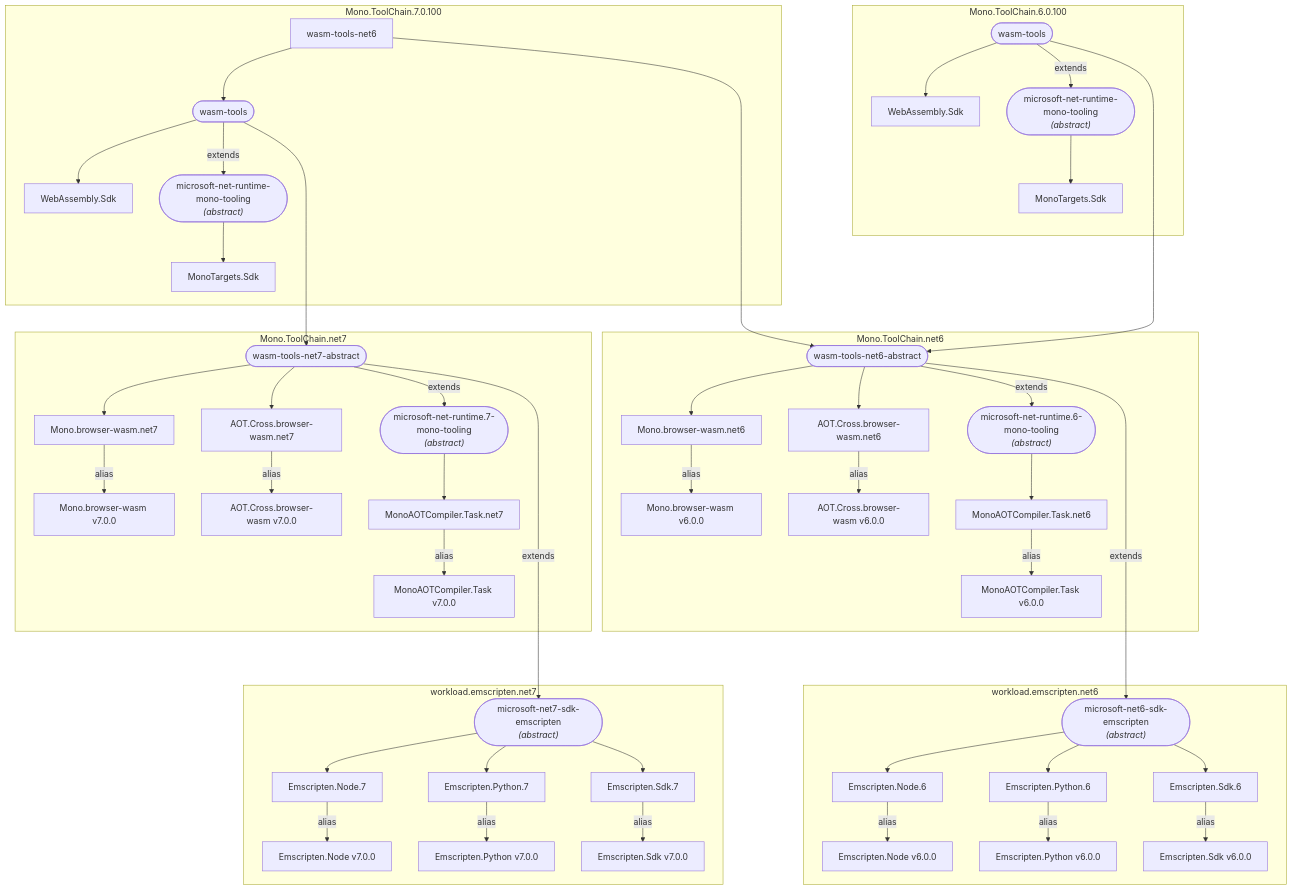
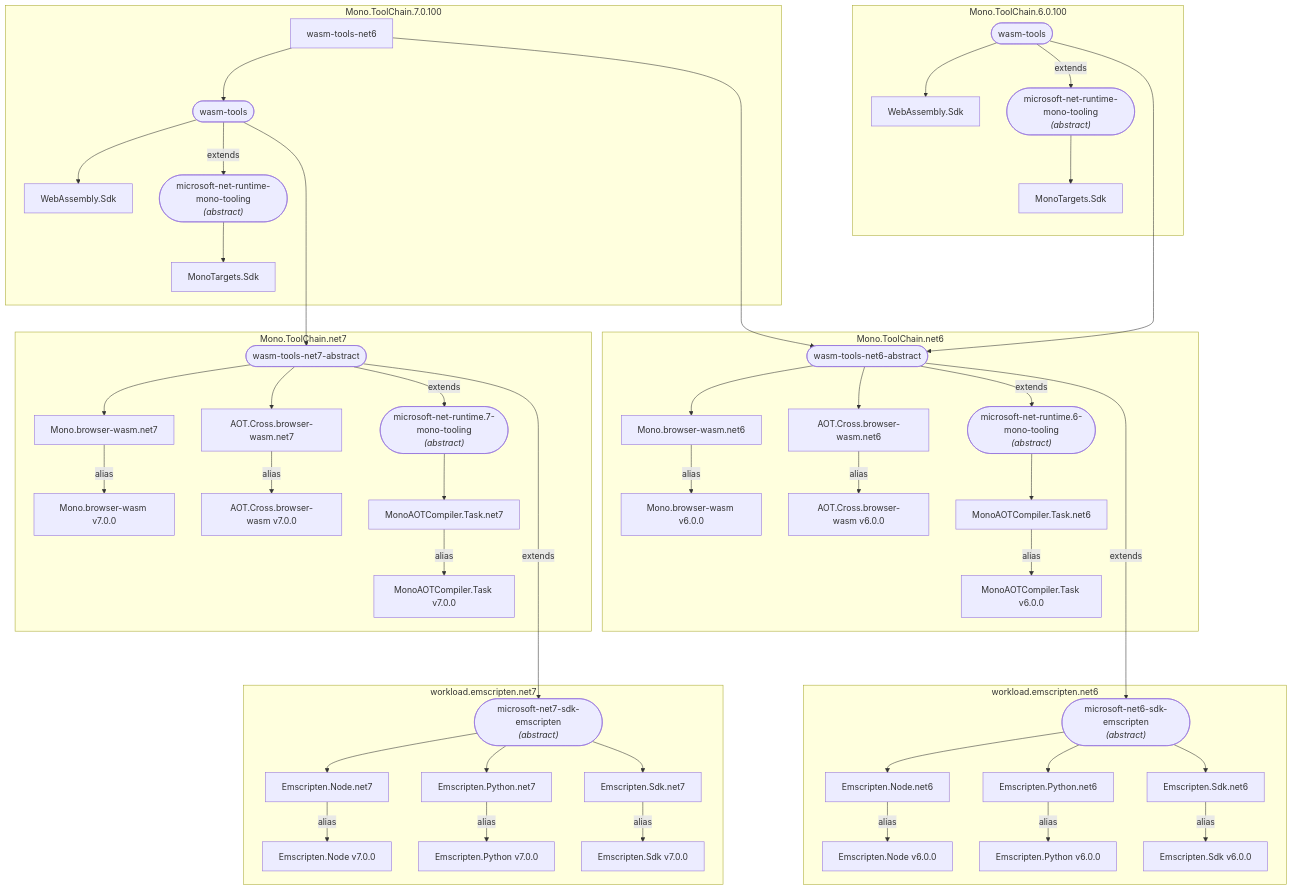
The second of 2 diagrams in README.md (dsplaisted/WorkloadVersioningSample), drawn with Mermaid before and after one commit.

Commit message:
Make pack names more consistent

````diff
--- a/README.md
+++ b/README.md
@@ -38,65 +38,65 @@
 ```mermaid
 graph TD;
 
     subgraph Mono.ToolChain.6.0.100
     wasm-tools.6.0.100([wasm-tools])-->Microsoft.NET.Runtime.WebAssembly.Sdk.6.0.100[WebAssembly.Sdk];
     wasm-tools.6.0.100-->|extends|microsoft-net-runtime-mono-tooling.6.0.100;
     microsoft-net-runtime-mono-tooling.6.0.100(["microsoft-net-runtime-mono-tooling<BR><I>(abstract)</I>"])-->Microsoft.NET.Runtime.MonoTargets.Sdk.6.0.100[MonoTargets.Sdk];
     end
     
     wasm-tools.6.0.100----->wasm-tools-net6-abstract
     %%microsoft-net-runtime-mono-tooling-->microsoft-net-runtime.6-mono-tooling
 
     subgraph Mono.ToolChain.net6
     wasm-tools-net6-abstract([wasm-tools-net6-abstract])-->Mono.browser-wasm.net6
     Mono.browser-wasm.net6-->|alias|Mono.browser-wasm.v6["Mono.browser-wasm v6.0.0"]
     wasm-tools-net6-abstract-->AOT.Cross.browser-wasm.net6
     AOT.Cross.browser-wasm.net6-->|alias|AOT.Cross.browser-wasm.v6["AOT.Cross.browser-wasm v6.0.0"]
     wasm-tools-net6-abstract-->|extends|microsoft-net-runtime.6-mono-tooling;
     microsoft-net-runtime.6-mono-tooling(["microsoft-net-runtime.6-mono-tooling<BR><I>(abstract)</I>"])-->MonoAOTCompiler.Task.net6;
     MonoAOTCompiler.Task.net6-->|alias|MonoAOTCompiler.Task.v6["MonoAOTCompiler.Task v6.0.0"]
     end
     
     wasm-tools-net6-abstract------>|extends|microsoft-net-sdk6-emscripten;
 
     subgraph workload.emscripten.net6
-    microsoft-net-sdk6-emscripten(["microsoft-net6-sdk-emscripten<BR><I>(abstract)</I>"])-->Microsoft.NET.Runtime.6.Emscripten.Node[Emscripten.Node.6];
+    microsoft-net-sdk6-emscripten(["microsoft-net6-sdk-emscripten<BR><I>(abstract)</I>"])-->Microsoft.NET.Runtime.6.Emscripten.Node[Emscripten.Node.net6];
     Microsoft.NET.Runtime.6.Emscripten.Node-->|alias|Microsoft.NET.Runtime.Emscripten.Node.v6["Emscripten.Node v6.0.0"]
-    microsoft-net-sdk6-emscripten-->Microsoft.NET.Runtime.6.Emscripten.Python[Emscripten.Python.6];
+    microsoft-net-sdk6-emscripten-->Microsoft.NET.Runtime.6.Emscripten.Python[Emscripten.Python.net6];
     Microsoft.NET.Runtime.6.Emscripten.Python-->|alias|Microsoft.NET.Runtime.Emscripten.Python.v6["Emscripten.Python v6.0.0"]
-    microsoft-net-sdk6-emscripten-->Microsoft.NET.Runtime.6.Emscripten.Sdk[Emscripten.Sdk.6];
+    microsoft-net-sdk6-emscripten-->Microsoft.NET.Runtime.6.Emscripten.Sdk[Emscripten.Sdk.net6];
     Microsoft.NET.Runtime.6.Emscripten.Sdk-->|alias|Microsoft.NET.Runtime.Emscripten.Sdk.v6["Emscripten.Sdk v6.0.0"]
     end
     
     subgraph Mono.ToolChain.7.0.100
     wasm-tools.7.0.100([wasm-tools])-->Microsoft.NET.Runtime.WebAssembly.Sdk.7.0.100[WebAssembly.Sdk];
     wasm-tools.7.0.100-->|extends|microsoft-net-runtime-mono-tooling.7.0.100;
     microsoft-net-runtime-mono-tooling.7.0.100(["microsoft-net-runtime-mono-tooling<BR><I>(abstract)</I>"])-->Microsoft.NET.Runtime.MonoTargets.Sdk.7.0.100[MonoTargets.Sdk];
     wasm-tools-net6-->wasm-tools.7.0.100
     end
     
     wasm-tools.7.0.100---->wasm-tools-net7-abstract
     wasm-tools-net6----->wasm-tools-net6-abstract
     
     subgraph Mono.ToolChain.net7
     wasm-tools-net7-abstract([wasm-tools-net7-abstract])-->Mono.browser-wasm.net7
     Mono.browser-wasm.net7-->|alias|Mono.browser-wasm.v7["Mono.browser-wasm v7.0.0"]
     wasm-tools-net7-abstract-->AOT.Cross.browser-wasm.net7
     AOT.Cross.browser-wasm.net7-->|alias|AOT.Cross.browser-wasm.v7["AOT.Cross.browser-wasm v7.0.0"]
     wasm-tools-net7-abstract-->|extends|microsoft-net-runtime.7-mono-tooling;
     microsoft-net-runtime.7-mono-tooling(["microsoft-net-runtime.7-mono-tooling<BR><I>(abstract)</I>"])-->MonoAOTCompiler.Task.net7;
     MonoAOTCompiler.Task.net7-->|alias|MonoAOTCompiler.Task.v7["MonoAOTCompiler.Task v7.0.0"]
     end
     
     wasm-tools-net7-abstract------>|extends|microsoft-net-sdk7-emscripten;
     
     subgraph workload.emscripten.net7
-    microsoft-net-sdk7-emscripten(["microsoft-net7-sdk-emscripten<BR><I>(abstract)</I>"])-->Microsoft.NET.Runtime.7.Emscripten.Node[Emscripten.Node.7];
+    microsoft-net-sdk7-emscripten(["microsoft-net7-sdk-emscripten<BR><I>(abstract)</I>"])-->Microsoft.NET.Runtime.7.Emscripten.Node[Emscripten.Node.net7];
     Microsoft.NET.Runtime.7.Emscripten.Node-->|alias|Microsoft.NET.Runtime.Emscripten.Node["Emscripten.Node v7.0.0"]
-    microsoft-net-sdk7-emscripten-->Microsoft.NET.Runtime.7.Emscripten.Python[Emscripten.Python.7];
+    microsoft-net-sdk7-emscripten-->Microsoft.NET.Runtime.7.Emscripten.Python[Emscripten.Python.net7];
     Microsoft.NET.Runtime.7.Emscripten.Python-->|alias|Microsoft.NET.Runtime.Emscripten.Python["Emscripten.Python v7.0.0"]
-    microsoft-net-sdk7-emscripten-->Microsoft.NET.Runtime.7.Emscripten.Sdk[Emscripten.Sdk.7];
+    microsoft-net-sdk7-emscripten-->Microsoft.NET.Runtime.7.Emscripten.Sdk[Emscripten.Sdk.net7];
     Microsoft.NET.Runtime.7.Emscripten.Sdk-->|alias|Microsoft.NET.Runtime.Emscripten.Sdk["Emscripten.Sdk v7.0.0"]
     end
 
 ```
````
